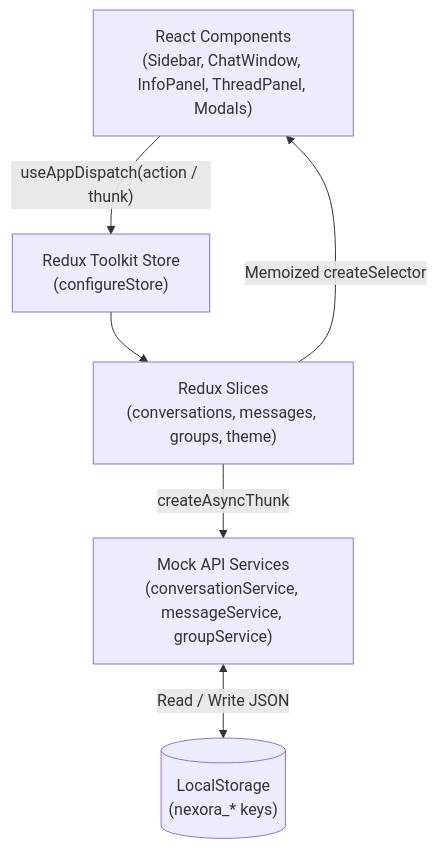
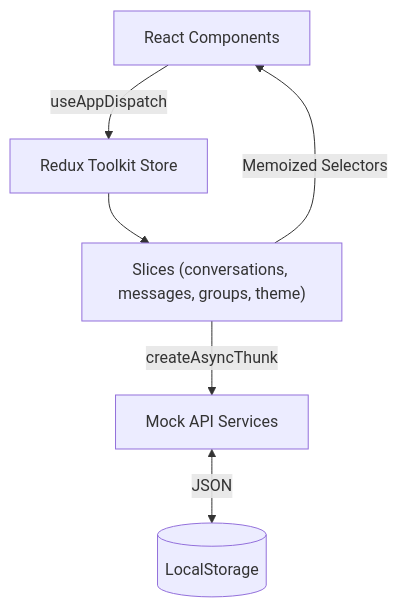
Before and after one commit to tmanju01/chat-app: the diagram in README.md, drawn with Mermaid. The commit also changed other lines of this file, not shown here.

````diff
--- a/README.md
+++ b/README.md
@@ -158,8 +35,8 @@
 ```mermaid
 flowchart TB
-    UI["React Components\n(Sidebar, ChatWindow, InfoPanel, ThreadPanel, Modals)"] -->|"useAppDispatch(action / thunk)"| Store["Redux Toolkit Store\n(configureStore)"]
-    Store --> Slices["Redux Slices\n(conversations, messages, groups, theme)"]
-    Slices -->|"createAsyncThunk"| Services["Mock API Services\n(conversationService, messageService, groupService)"]
-    Services <-->|"Read / Write JSON"| LS[("LocalStorage\n(nexora_* keys)")]
-    Slices -->|"Memoized createSelector"| UI
+    UI["React Components"] -->|"useAppDispatch"| Store["Redux Toolkit Store"]
+    Store --> Slices["Slices (conversations, messages, groups, theme)"]
+    Slices -->|"createAsyncThunk"| Services["Mock API Services"]
+    Services <-->|"JSON"| LS[("LocalStorage")]
+    Slices -->|"Memoized Selectors"| UI
 ```
````
